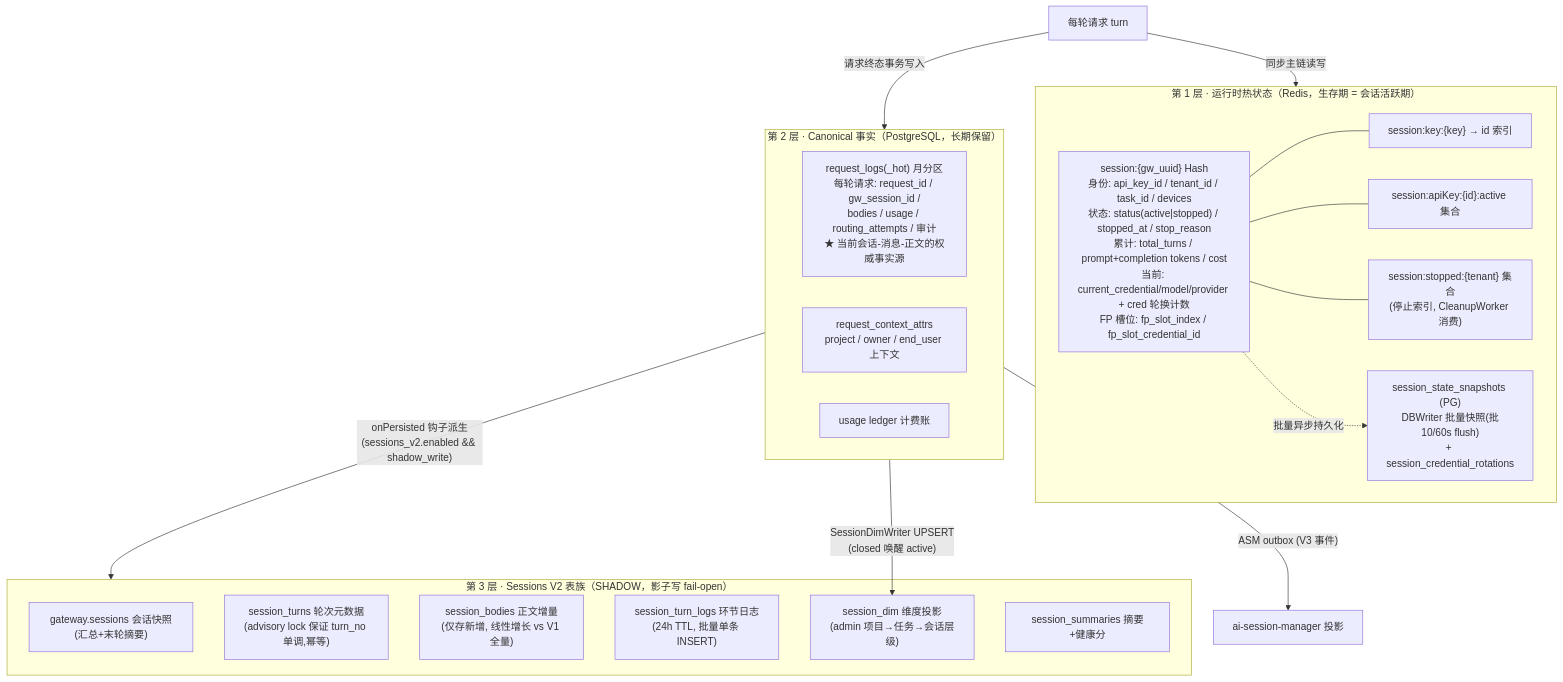
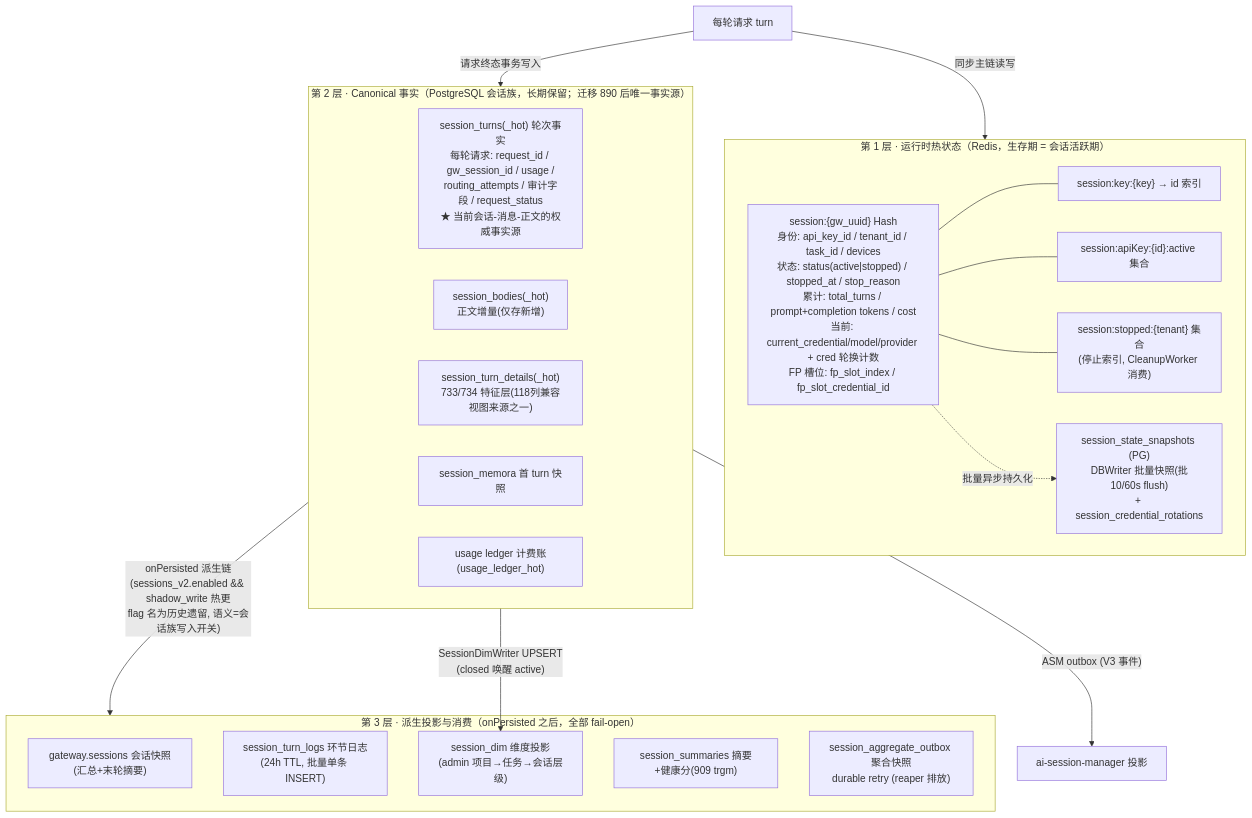
One commit to halfking/ai-native-gateway-core changed the first of 9 diagrams in docs/session-lifecycle.md. Above: the diagram before and after it, drawn with Mermaid. The commit also changed other lines of this file and 41 other files, not shown here.

Commit message:
feat(outbox|taskbus|capture): GW-1.2 event_builder_v1 + ASM taskbus 双写桥 S1（TASKBUS_ASM_BRIDGE 默认关）+ userscript capture 摄取端点（P0-3 M1，SECRET 未配置=能力不可用）+ session-lifecycle 事实快照刷新至 2026-11-02（v1 request_logs 族已 DROP，会话族唯一 canonical）

````diff
--- a/docs/session-lifecycle.md
+++ b/docs/session-lifecycle.md
@@ -14,35 +14,36 @@
 ```mermaid
 graph TB
     subgraph L_RUNTIME["第 1 层 · 运行时热状态（Redis，生存期 = 会话活跃期）"]
         SESSH["session:{gw_uuid} Hash<br/>身份: api_key_id / tenant_id / task_id / devices<br/>状态: status(active|stopped) / stopped_at / stop_reason<br/>累计: total_turns / prompt+completion tokens / cost<br/>当前: current_credential/model/provider + cred 轮换计数<br/>FP 槽位: fp_slot_index / fp_slot_credential_id"]
         SESSKEY["session:key:{key} → id 索引"]
         ACTIVESET["session:apiKey:{id}:active 集合"]
         STOPIDX["session:stopped:{tenant} 集合<br/>(停止索引, CleanupWorker 消费)"]
         SNAP["session_state_snapshots (PG)<br/>DBWriter 批量快照(批10/60s flush)<br/>+ session_credential_rotations"]
         SESSH --- SESSKEY
         SESSH --- ACTIVESET
         SESSH --- STOPIDX
         SESSH -.->|"批量异步持久化"| SNAP
     end
 
-    subgraph L_FACTS["第 2 层 · Canonical 事实（PostgreSQL，长期保留）"]
-        RLOG["request_logs(_hot) 月分区<br/>每轮请求: request_id / gw_session_id /<br/>bodies / usage / routing_attempts / 审计<br/>★ 当前会话-消息-正文的权威事实源"]
-        CTXATTR["request_context_attrs<br/>project / owner / end_user 上下文"]
-        ULEDGER["usage ledger 计费账"]
+    subgraph L_FACTS["第 2 层 · Canonical 事实（PostgreSQL 会话族，长期保留；迁移 890 后唯一事实源）"]
+        TURNS["session_turns(_hot) 轮次事实<br/>每轮请求: request_id / gw_session_id / usage /<br/>routing_attempts / 审计字段 / request_status<br/>★ 当前会话-消息-正文的权威事实源"]
+        BODIES2["session_bodies(_hot)<br/>正文增量(仅存新增)"]
+        DETAILS["session_turn_details(_hot)<br/>733/734 特征层(118列兼容视图来源之一)"]
+        MEMORA["session_memora 首 turn 快照"]
+        ULEDGER["usage ledger 计费账(usage_ledger_hot)"]
     end
 
-    subgraph L_V2["第 3 层 · Sessions V2 表族（SHADOW，影子写 fail-open）"]
+    subgraph L_PROJ["第 3 层 · 派生投影与消费（onPersisted 之后，全部 fail-open）"]
         SESSV2["gateway.sessions 会话快照(汇总+末轮摘要)"]
-        TURNS["session_turns 轮次元数据<br/>(advisory lock 保证 turn_no 单调,幂等)"]
-        BODIES["session_bodies 正文增量<br/>(仅存新增, 线性增长 vs V1 全量)"]
         TLOGS["session_turn_logs 环节日志<br/>(24h TTL, 批量单条 INSERT)"]
         SDIM["session_dim 维度投影<br/>(admin 项目→任务→会话层级)"]
-        SSUM["session_summaries 摘要+健康分"]
+        SSUM["session_summaries 摘要+健康分(909 trgm)"]
+        AGG["session_aggregate_outbox 聚合快照<br/>durable retry (reaper 排放)"]
     end
 
     REQ["每轮请求 turn"] -->|"同步主链读写"| L_RUNTIME
     REQ -->|"请求终态事务写入"| L_FACTS
-    L_FACTS -->|"onPersisted 钩子派生<br/>(sessions_v2.enabled && shadow_write)"| L_V2
+    L_FACTS -->|"onPersisted 派生链<br/>(sessions_v2.enabled && shadow_write 热更<br/>flag 名为历史遗留, 语义=会话族写入开关)"| L_PROJ
     L_FACTS -->|"SessionDimWriter UPSERT<br/>(closed 唤醒 active)"| SDIM
     L_FACTS -->|"ASM outbox (V3 事件)"| ASM["ai-session-manager 投影"]
 ```
````
